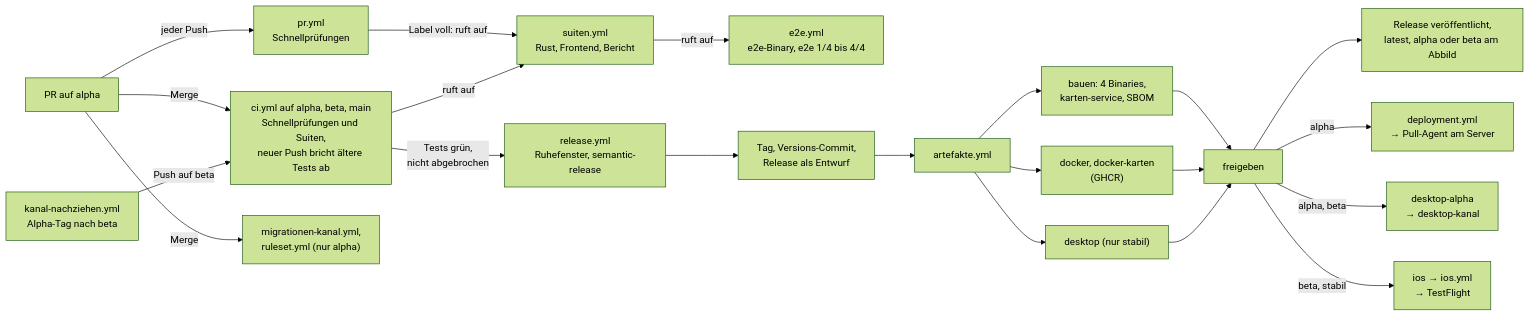
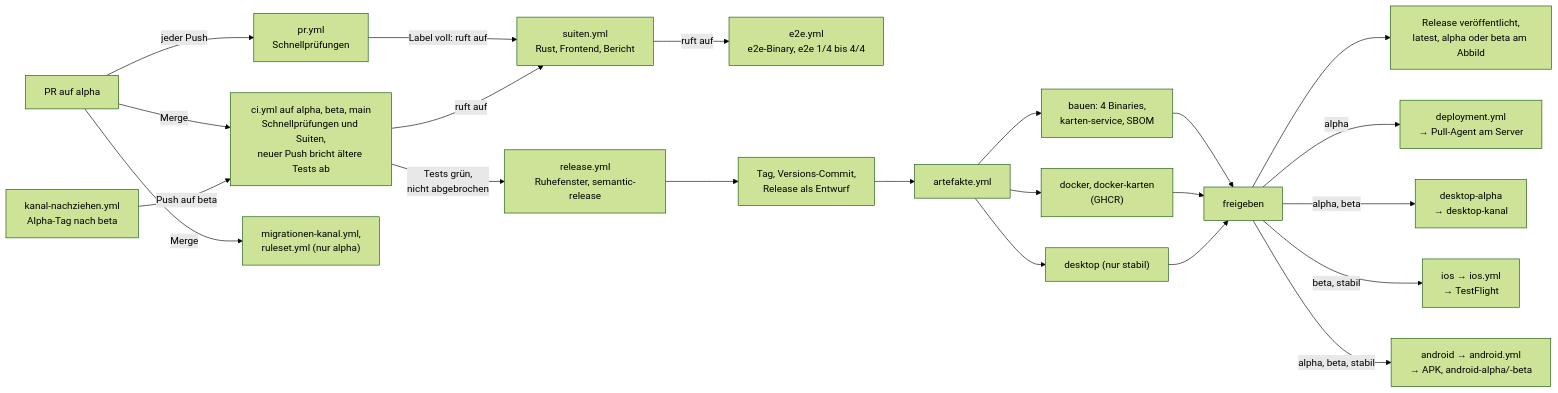
The second of 2 diagrams in docs/architektur/07-verteilungssicht.md (rubenvitt/lifeline-hub), drawn with Mermaid (forest theme) before and after one commit. The commit also changed other lines of this file and 14 other files, not shown here.

````diff
--- a/docs/architektur/07-verteilungssicht.md
+++ b/docs/architektur/07-verteilungssicht.md
@@ -155,23 +162,24 @@
 ```mermaid
 flowchart LR
   PR["PR auf alpha"] -->|jeder Push| CIPR["pr.yml<br/>Schnellprüfungen"]
   PR -->|Merge| CI["ci.yml auf alpha, beta, main<br/>Schnellprüfungen und Suiten,<br/>neuer Push bricht ältere Tests ab"]
   PR -->|Merge| KAN["migrationen-kanal.yml,<br/>ruleset.yml (nur alpha)"]
   CIPR -->|"Label voll: ruft auf"| SU["suiten.yml<br/>Rust, Frontend, Bericht"]
   CI -->|ruft auf| SU
   SU -->|ruft auf| E2E["e2e.yml<br/>e2e-Binary, e2e 1/4 bis 4/4"]
   CI -->|"Tests grün,<br/>nicht abgebrochen"| REL["release.yml<br/>Ruhefenster, semantic-release"]
   REL --> TAG["Tag, Versions-Commit,<br/>Release als Entwurf"]
   TAG --> ART["artefakte.yml"]
   ART --> B["bauen: 4 Binaries,<br/>karten-service, SBOM"]
   ART --> D["docker, docker-karten<br/>(GHCR)"]
   ART --> DS["desktop (nur stabil)"]
   NZ["kanal-nachziehen.yml<br/>Alpha-Tag nach beta"] -->|Push auf beta| CI
   B --> F["freigeben"]
   D --> F
   DS --> F
   F --> PUB["Release veröffentlicht,<br/>latest, alpha oder beta am Abbild"]
   F -->|alpha| DEP["deployment.yml<br/>→ Pull-Agent am Server"]
   F -->|alpha, beta| DA["desktop-alpha<br/>→ desktop-kanal"]
   F -->|beta, stabil| IOSJ["ios → ios.yml<br/>→ TestFlight"]
+  F -->|"alpha, beta, stabil"| ANDJ["android → android.yml<br/>→ APK, android-alpha/-beta"]
 ```
````
